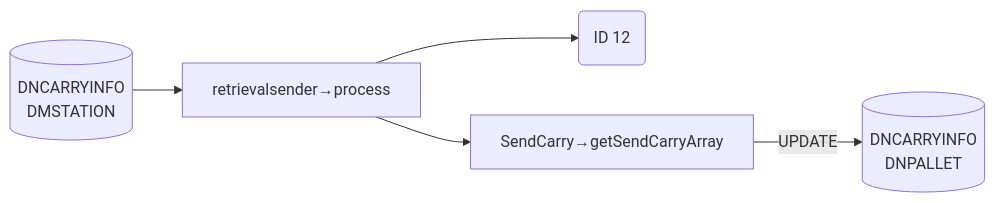
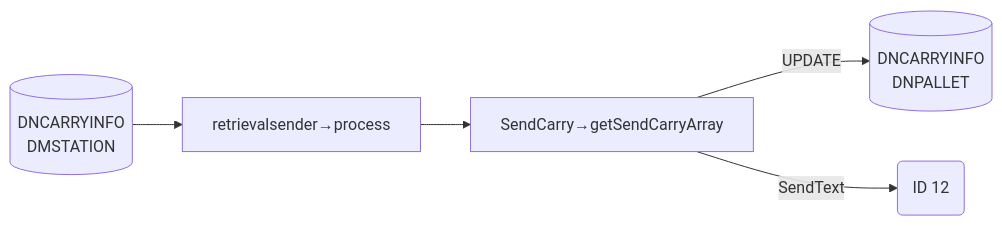
Before and after one commit to luthfiadityaa/SimeDarby-Wiki: the tenth of 15 diagrams in Basic-Design/DFD-WMS/Retrieval/Stacked-Empty-Pallet.md, drawn with Mermaid.

Commit message:
Updated Stacked Empty Pallet

```diff
--- a/Basic-Design/DFD-WMS/Retrieval/Stacked-Empty-Pallet.md
+++ b/Basic-Design/DFD-WMS/Retrieval/Stacked-Empty-Pallet.md
@@ -358,20 +358,20 @@
 ::: mermaid
 flowchart LR
 
 retrievalsender-input[("
 DNCARRYINFO
 DMSTATION
 ")]
 
 retrievalsender-update[("
 DNCARRYINFO
 DNPALLET
 ")]
 
 id12msg("
 ID 12
 ")
 
 retrievalsender-input--> P1[retrievalsender→process]-->P2[SendCarry→getSendCarryArray]--> |UPDATE| retrievalsender-update
-P1-->id12msg
+P2--> |SendText| id12msg
 :::
```
